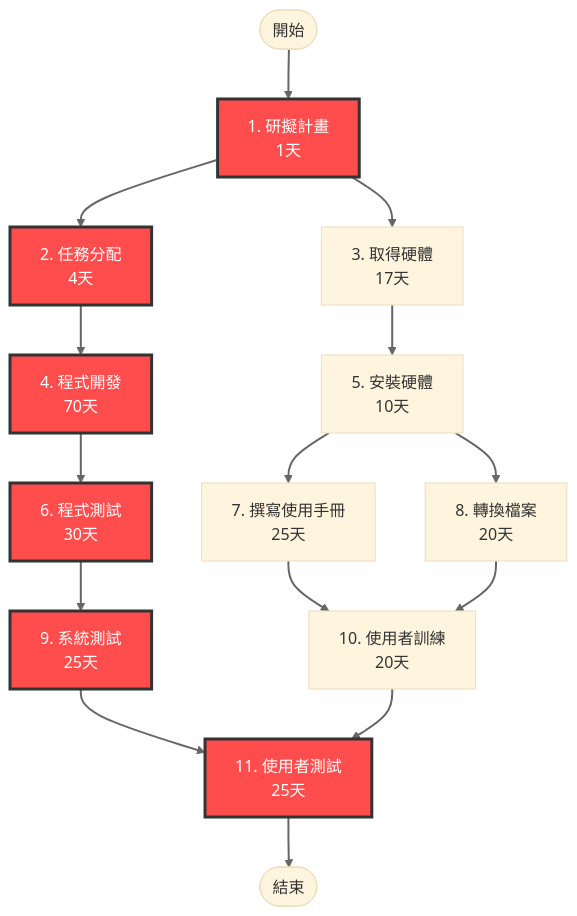
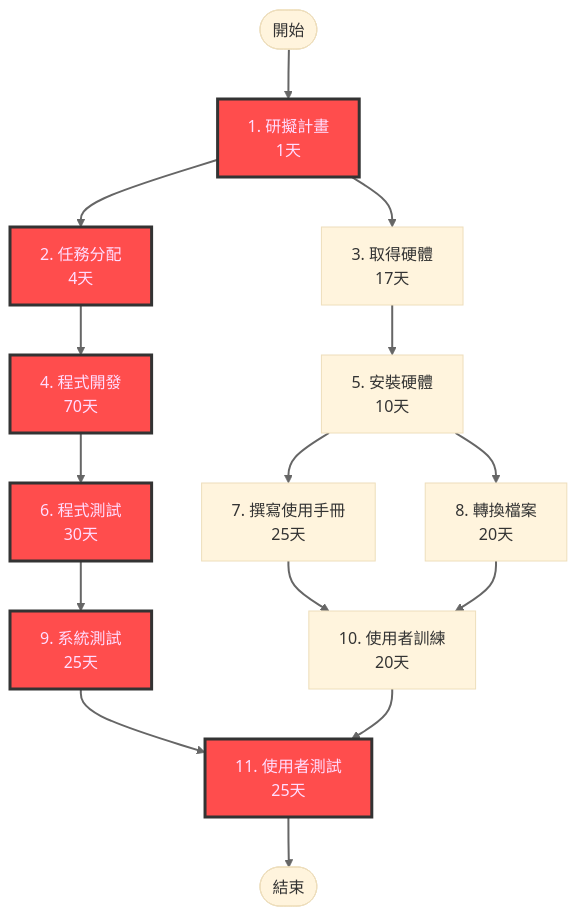
One commit to c112118220-system/114-b changed the first of 2 diagrams in hw2.md. Above: the diagram before and after it, drawn with Mermaid (base theme).

````diff
--- a/hw2.md
+++ b/hw2.md
@@ -20,21 +20,21 @@
 ```mermaid
 graph TD
     Start([開始]) --> T1[1. 研擬計畫<br/>1天]
     T1 --> T2[2. 任務分配<br/>4天]
     T1 --> T3[3. 取得硬體<br/>17天]
     T2 --> T4[4. 程式開發<br/>70天]
     T3 --> T5[5. 安裝硬體<br/>10天]
     T4 --> T6[6. 程式測試<br/>30天]
     T5 --> T7[7. 撰寫使用手冊<br/>25天]
     T5 --> T8[8. 轉換檔案<br/>20天]
     T6 --> T9[9. 系統測試<br/>25天]
     T7 --> T10[10. 使用者訓練<br/>20天]
     T8 --> T10
     T9 --> T11[11. 使用者測試<br/>25天]
     T10 --> T11
     T11 --> End([結束])
     
-    classDef critical fill:#ff4d4d,stroke:#333,stroke-width:3px,color:#fff
+    classDef critical fill:#ff4d4d,stroke:#333,stroke-width:3px,color:#fdf
     class T1,T2,T4,T6,T9,T11 critical
  linkStyle default stroke-width:2px,fill:none,stroke:#666
 ```
````
